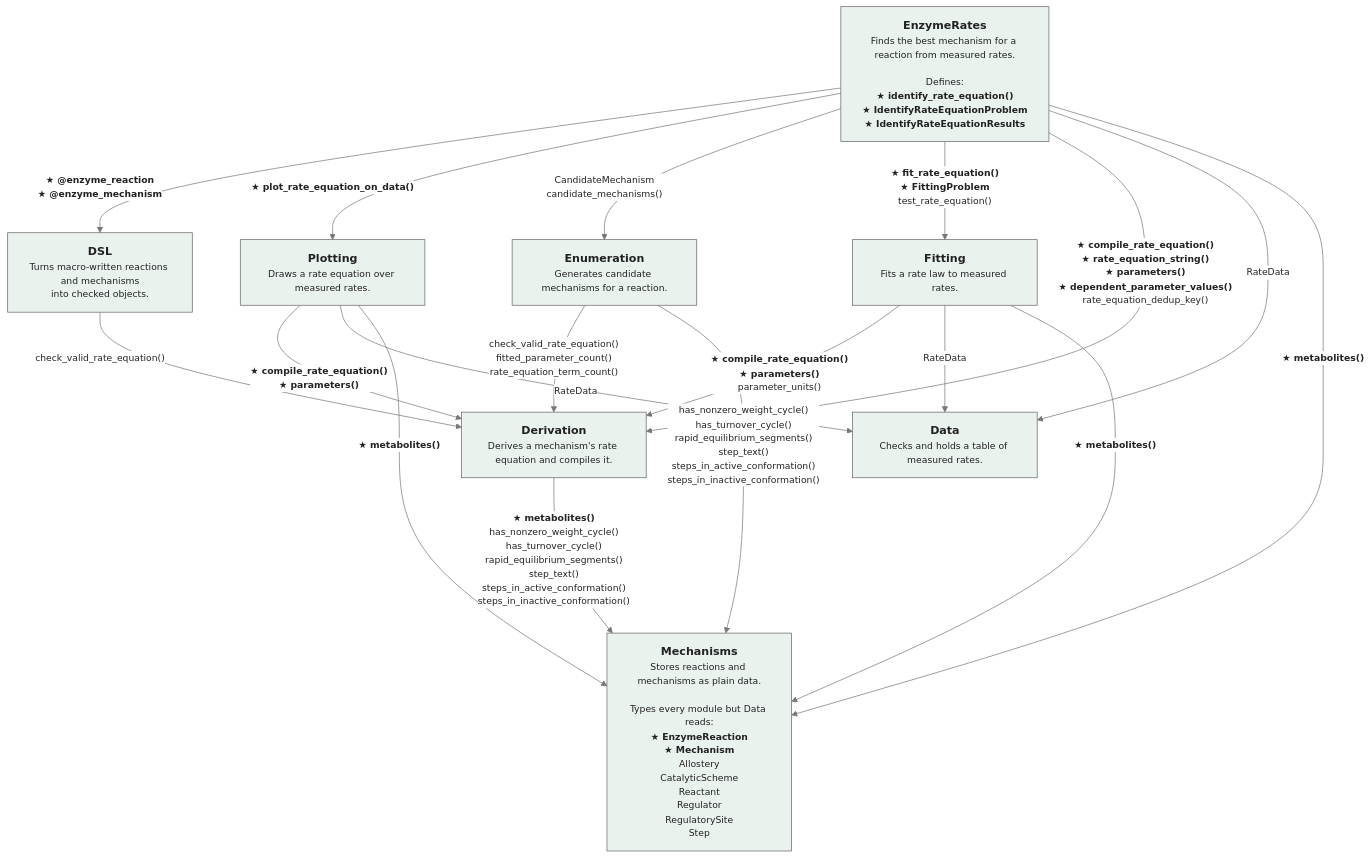
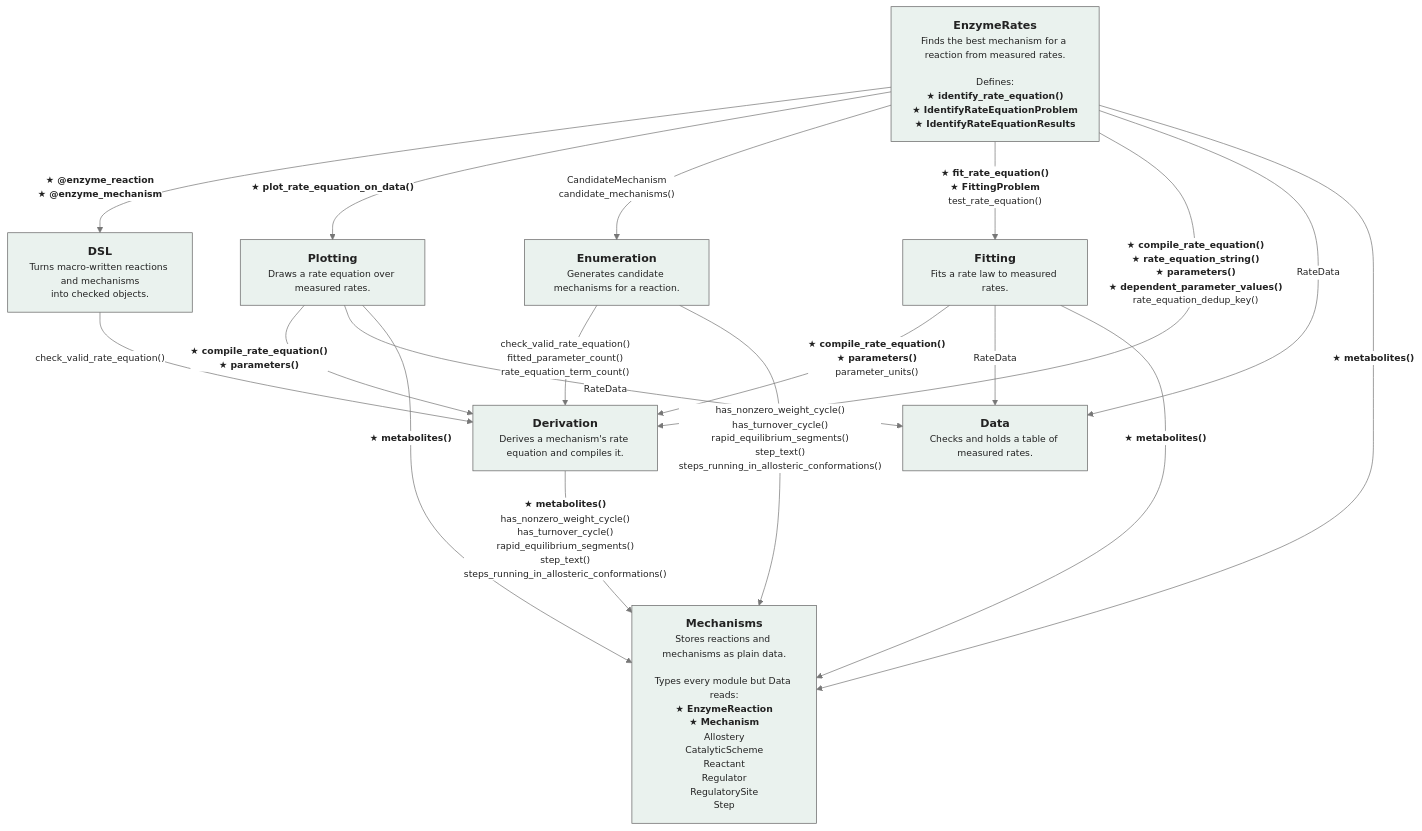
The diagram in docs/src/developer.md (DenisTitovLab/EnzymeRates.jl), drawn with Mermaid before and after one commit. The commit also changed other lines of this file and 27 other files, not shown here.

````diff
--- a/docs/src/developer.md
+++ b/docs/src/developer.md
@@ -26,35 +26,35 @@
 ```mermaid
 %%{init: {"theme": "base", "flowchart": {"curve": "basis", "nodeSpacing": 40, "rankSpacing": 70, "htmlLabels": true},
   "themeVariables": {"fontFamily": "Helvetica, Arial, sans-serif", "fontSize": "13px",
   "primaryColor": "#ffffff", "primaryBorderColor": "#666666", "primaryTextColor": "#222222",
   "lineColor": "#777777", "edgeLabelBackground": "#ffffff", "clusterBkg": "#eaf2ee",
   "clusterBorder": "#666666", "titleColor": "#1f4f42"}}}%%
 flowchart TB
   top["<b><big>EnzymeRates</big></b><br/>Finds the best mechanism for a reaction from measured rates.<br/><br/>Defines:<br/><b>★#nbsp;identify_rate_equation()</b><br/><b>★#nbsp;IdentifyRateEquationProblem</b><br/><b>★#nbsp;IdentifyRateEquationResults</b>"]
   dsl["<b><big>DSL</big></b><br/>Turns macro-written reactions and mechanisms<br/>into checked objects."]
   plot["<b><big>Plotting</big></b><br/>Draws a rate equation over measured rates."]
   enum["<b><big>Enumeration</big></b><br/>Generates candidate mechanisms for a reaction."]
   fit["<b><big>Fitting</big></b><br/>Fits a rate law to measured rates."]
   der["<b><big>Derivation</big></b><br/>Derives a mechanism's rate equation and compiles it."]
   data["<b><big>Data</big></b><br/>Checks and holds a table of measured rates."]
   mech["<b><big>Mechanisms</big></b><br/>Stores reactions and mechanisms as plain data.<br/><br/>Types every module but Data reads:<br/><b>★#nbsp;EnzymeReaction</b><br/><b>★#nbsp;Mechanism</b><br/>Allostery<br/>CatalyticScheme<br/>Reactant<br/>Regulator<br/>RegulatorySite<br/>Step"]
   top -->|"<b>★#nbsp;@enzyme_reaction</b><br/><b>★#nbsp;@enzyme_mechanism</b>"| dsl
   top -->|"<b>★#nbsp;plot_rate_equation_on_data()</b>"| plot
   top -->|"CandidateMechanism<br/>candidate_mechanisms()"| enum
   top -->|"<b>★#nbsp;fit_rate_equation()</b><br/><b>★#nbsp;FittingProblem</b><br/>test_rate_equation()"| fit
   top -->|"<b>★#nbsp;compile_rate_equation()</b><br/><b>★#nbsp;rate_equation_string()</b><br/><b>★#nbsp;parameters()</b><br/><b>★#nbsp;dependent_parameter_values()</b><br/>rate_equation_dedup_key()"| der
   top -->|"RateData"| data
   top -->|"<b>★#nbsp;metabolites()</b>"| mech
   dsl -->|"check_valid_rate_equation()"| der
   plot -->|"<b>★#nbsp;compile_rate_equation()</b><br/><b>★#nbsp;parameters()</b>"| der
   plot -->|"RateData"| data
   plot -->|"<b>★#nbsp;metabolites()</b>"| mech
   enum -->|"check_valid_rate_equation()<br/>fitted_parameter_count()<br/>rate_equation_term_count()"| der
-  enum -->|"has_nonzero_weight_cycle()<br/>has_turnover_cycle()<br/>rapid_equilibrium_segments()<br/>step_text()<br/>steps_in_active_conformation()<br/>steps_in_inactive_conformation()"| mech
+  enum -->|"has_nonzero_weight_cycle()<br/>has_turnover_cycle()<br/>rapid_equilibrium_segments()<br/>step_text()<br/>steps_running_in_allosteric_conformations()"| mech
   fit -->|"<b>★#nbsp;compile_rate_equation()</b><br/><b>★#nbsp;parameters()</b><br/>parameter_units()"| der
   fit -->|"RateData"| data
   fit -->|"<b>★#nbsp;metabolites()</b>"| mech
-  der -->|"<b>★#nbsp;metabolites()</b><br/>has_nonzero_weight_cycle()<br/>has_turnover_cycle()<br/>rapid_equilibrium_segments()<br/>step_text()<br/>steps_in_active_conformation()<br/>steps_in_inactive_conformation()"| mech
+  der -->|"<b>★#nbsp;metabolites()</b><br/>has_nonzero_weight_cycle()<br/>has_turnover_cycle()<br/>rapid_equilibrium_segments()<br/>step_text()<br/>steps_running_in_allosteric_conformations()"| mech
   classDef mod fill:#eaf2ee,stroke:#666666,color:#222222;
   class top,dsl,plot,enum,fit,der,data,mech mod;
 ```
````
